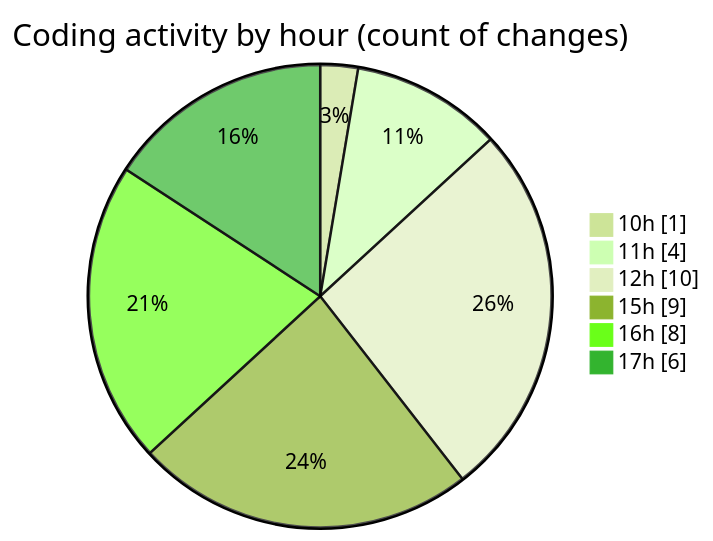
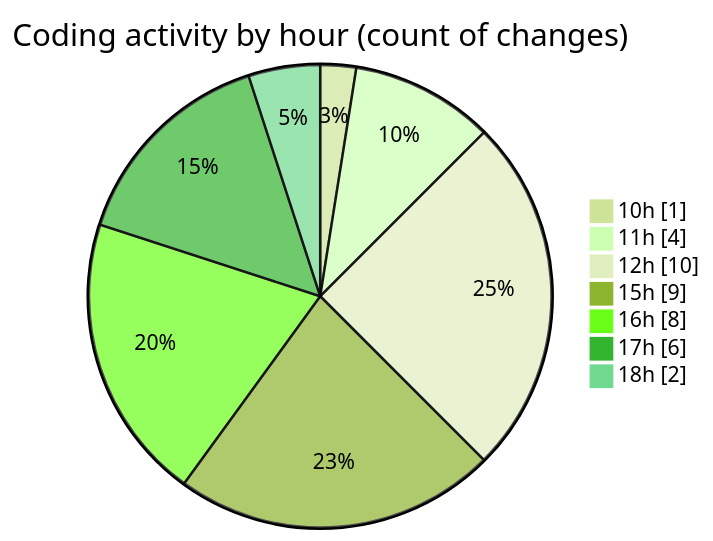
Before and after one commit to debugP/code-tracking: the second of 2 diagrams in 2025-10-08/untitled__workspace_/README.md, drawn with Mermaid (forest theme). The commit also changed other lines of this file and 1 other file, not shown here.

````diff
--- a/2025-10-08/untitled__workspace_/README.md
+++ b/2025-10-08/untitled__workspace_/README.md
@@ -32,10 +32,11 @@
 ```mermaid
 pie showData
 title Coding activity by hour (count of changes)
 "10h" : 1
 "11h" : 4
 "12h" : 10
 "15h" : 9
 "16h" : 8
 "17h" : 6
+"18h" : 2
 ```
````
